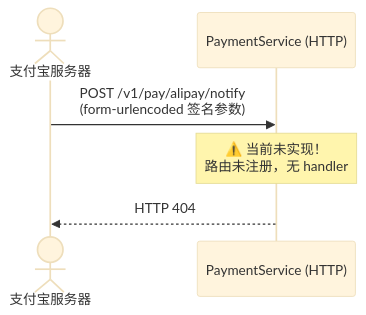
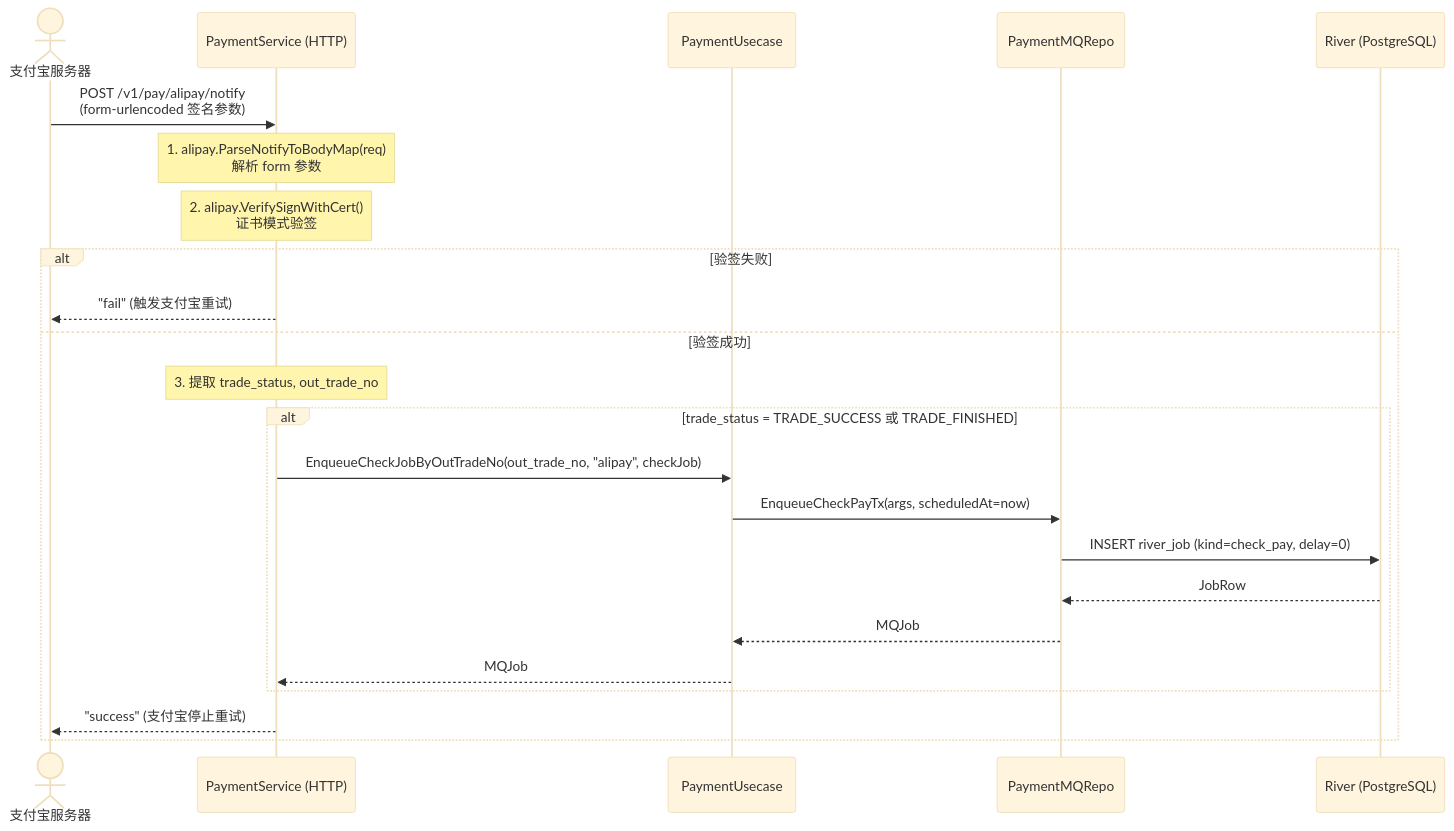
Before and after one commit to Dailiduzhou/simple-ecommerce: the second of 6 diagrams in docs/payment-business-flow-alipay.md, drawn with Mermaid (base theme). The commit also changed other lines of this file and 2 other files, not shown here.

Commit message:
docs:notify handler

````diff
--- a/docs/payment-business-flow-alipay.md
+++ b/docs/payment-business-flow-alipay.md
@@ -133,11 +134,31 @@
 ```mermaid
 sequenceDiagram
     actor AliServer as 支付宝服务器
     participant Svc as PaymentService (HTTP)
+    participant Uc as PaymentUsecase
+    participant MQ as PaymentMQRepo
+    participant River as River (PostgreSQL)
 
     AliServer->>Svc: POST /v1/pay/alipay/notify<br/>(form-urlencoded 签名参数)
 
-    Note over Svc: ⚠️ 当前未实现！<br/>路由未注册，无 handler
+    Note over Svc: 1. alipay.ParseNotifyToBodyMap(req)<br/>解析 form 参数
 
-    Svc-->>AliServer: HTTP 404
+    Note over Svc: 2. alipay.VerifySignWithCert()<br/>证书模式验签
+
+    alt 验签失败
+        Svc-->>AliServer: "fail" (触发支付宝重试)
+    else 验签成功
+        Note over Svc: 3. 提取 trade_status, out_trade_no
+
+        alt trade_status = TRADE_SUCCESS 或 TRADE_FINISHED
+            Svc->>Uc: EnqueueCheckJobByOutTradeNo(out_trade_no, "alipay", checkJob)
+            Uc->>MQ: EnqueueCheckPayTx(args, scheduledAt=now)
+            MQ->>River: INSERT river_job (kind=check_pay, delay=0)
+            River-->>MQ: JobRow
+            MQ-->>Uc: MQJob
+            Uc-->>Svc: MQJob
+        end
+
+        Svc-->>AliServer: "success" (支付宝停止重试)
+    end
 ```
````
